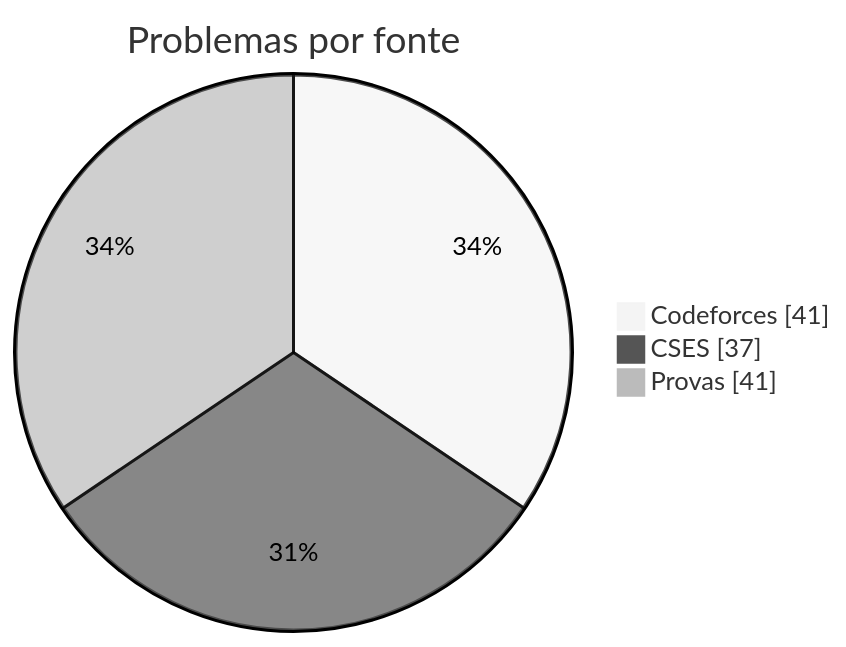
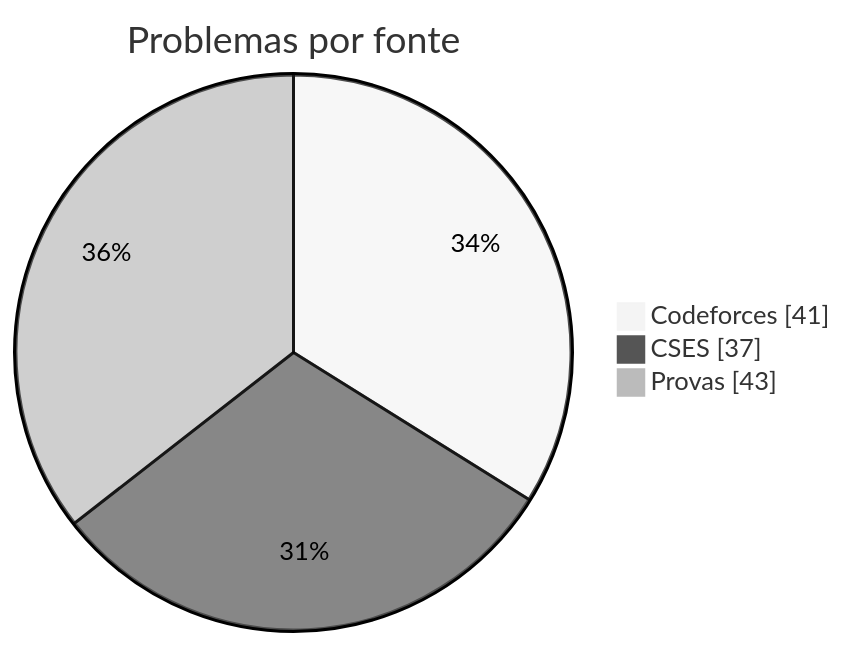
Before and after one commit to hiroshimurosaki/vibe-coders: the first of 3 diagrams in README.md, drawn with Mermaid (neutral theme). The commit also changed other lines of this file, not shown here.

````diff
--- a/README.md
+++ b/README.md
@@ -40,7 +40,7 @@
 ```mermaid
 pie showData
     title Problemas por fonte
     "Codeforces" : 41
     "CSES" : 37
-    "Provas" : 41
+    "Provas" : 43
 ```
````
